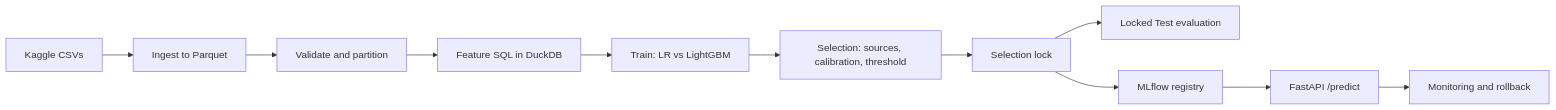
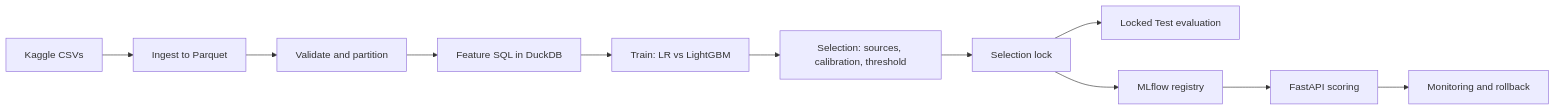
The first of 2 diagrams in README.md (hoangisreal/RiskLab), drawn with Mermaid before and after one commit. The commit also changed other lines of this file and 31 other files, not shown here.

````diff
--- a/README.md
+++ b/README.md
@@ -62,13 +63,13 @@
 ```mermaid
 flowchart LR
     A[Kaggle CSVs] --> B[Ingest to Parquet]
     B --> C[Validate and partition]
     C --> D[Feature SQL in DuckDB]
     D --> E[Train: LR vs LightGBM]
     E --> F[Selection: sources, calibration, threshold]
     F --> G[Selection lock]
     G --> H[Locked Test evaluation]
     G --> I[MLflow registry]
-    I --> J[FastAPI /predict]
+    I --> J[FastAPI scoring]
     J --> K[Monitoring and rollback]
 ```
````
